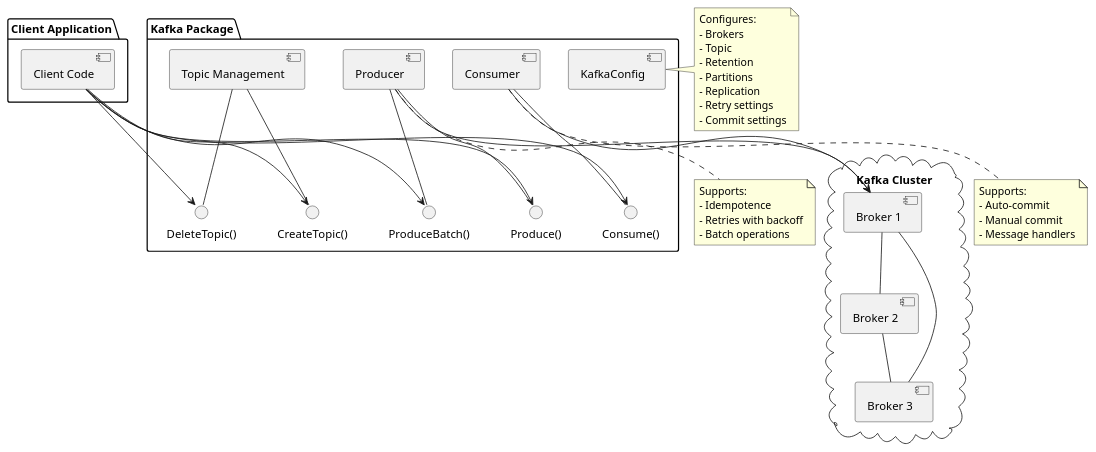
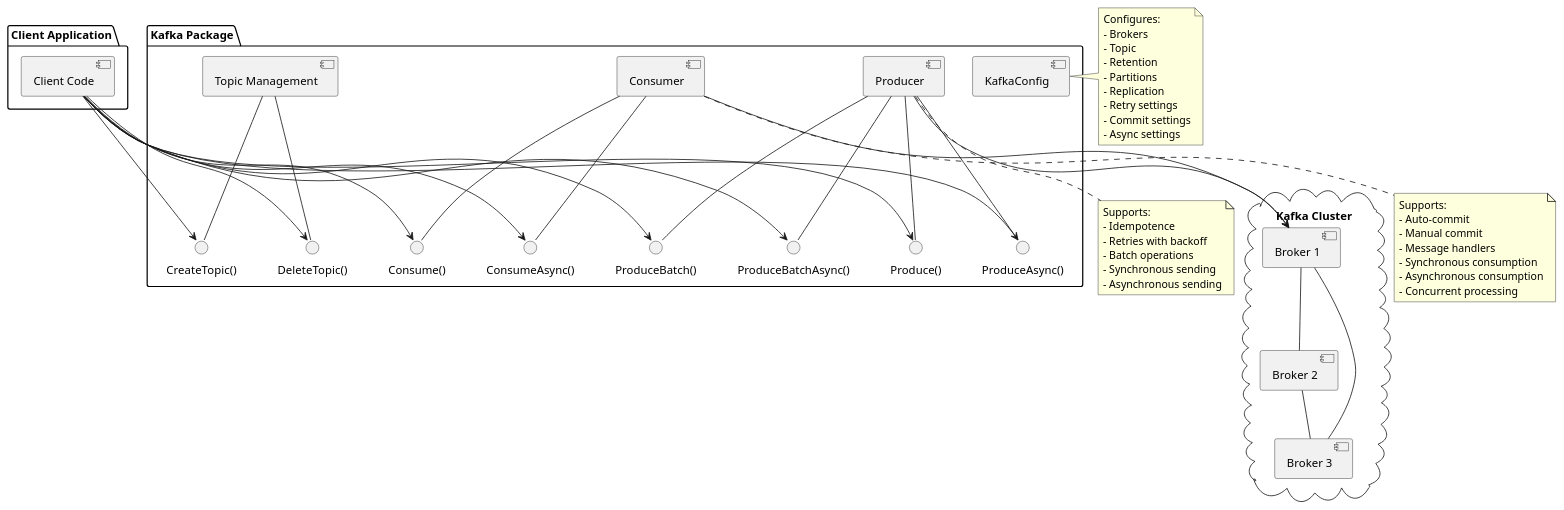
One commit to Chandra179/huba changed the diagram in kafka/diagrams/kafka_component.puml. Above: the diagram before and after it, drawn with PlantUML. The commit also changed 7 other files, not shown here.

```diff
--- a/kafka/diagrams/kafka_component.puml
+++ b/kafka/diagrams/kafka_component.puml
@@ -1,70 +1,85 @@
 @startuml Kafka Component Diagram
 
 package "Kafka Package" {
   [KafkaConfig] as Config
   [Producer] as Producer
   [Consumer] as Consumer
   [Topic Management] as TopicMgmt
   
   interface "Produce()" as ProduceAPI
+  interface "ProduceAsync()" as ProduceAsyncAPI
   interface "ProduceBatch()" as BatchAPI
+  interface "ProduceBatchAsync()" as BatchAsyncAPI
   interface "Consume()" as ConsumeAPI
+  interface "ConsumeAsync()" as ConsumeAsyncAPI
   interface "CreateTopic()" as CreateAPI
   interface "DeleteTopic()" as DeleteAPI
   
   Producer -- ProduceAPI
+  Producer -- ProduceAsyncAPI
   Producer -- BatchAPI
+  Producer -- BatchAsyncAPI
   Consumer -- ConsumeAPI
+  Consumer -- ConsumeAsyncAPI
   TopicMgmt -- CreateAPI
   TopicMgmt -- DeleteAPI
 }
 
 package "Client Application" {
   [Client Code] as Client
 }
 
 cloud "Kafka Cluster" {
   [Broker 1] as Broker1
   [Broker 2] as Broker2
   [Broker 3] as Broker3
   
   Broker1 -- Broker2
   Broker2 -- Broker3
   Broker3 -- Broker1
 }
 
 Client --> ProduceAPI
+Client --> ProduceAsyncAPI
 Client --> BatchAPI
+Client --> BatchAsyncAPI
 Client --> ConsumeAPI
+Client --> ConsumeAsyncAPI
 Client --> CreateAPI
 Client --> DeleteAPI
 
 Producer --> Broker1
 Consumer --> Broker1
 
 note right of Config
   Configures:
   - Brokers
   - Topic
   - Retention
   - Partitions
   - Replication
   - Retry settings
   - Commit settings
+  - Async settings
 end note
 
 note bottom of Consumer
   Supports:
   - Auto-commit
   - Manual commit
   - Message handlers
+  - Synchronous consumption
+  - Asynchronous consumption
+  - Concurrent processing
 end note
 
 note bottom of Producer
   Supports:
   - Idempotence
   - Retries with backoff
   - Batch operations
+  - Synchronous sending
+  - Asynchronous sending
 end note
 
 @enduml 
```
